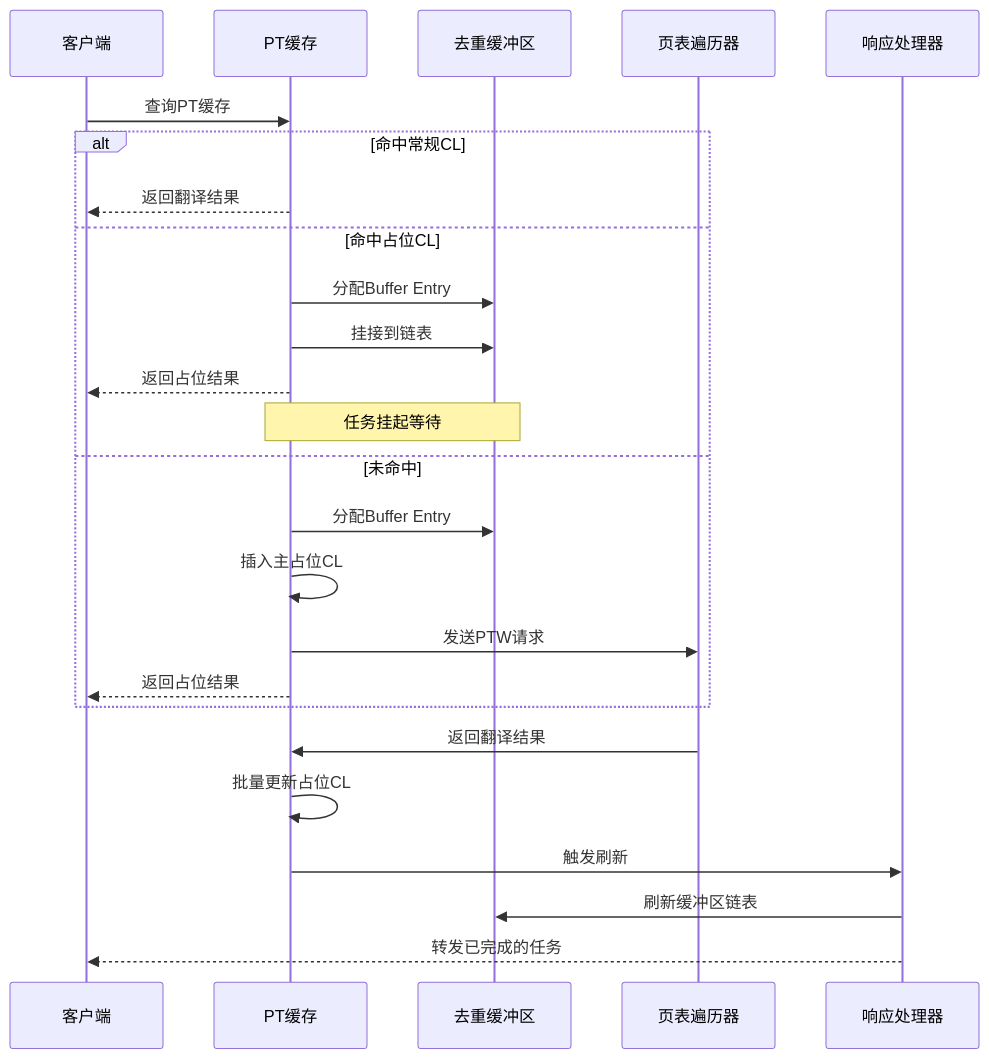
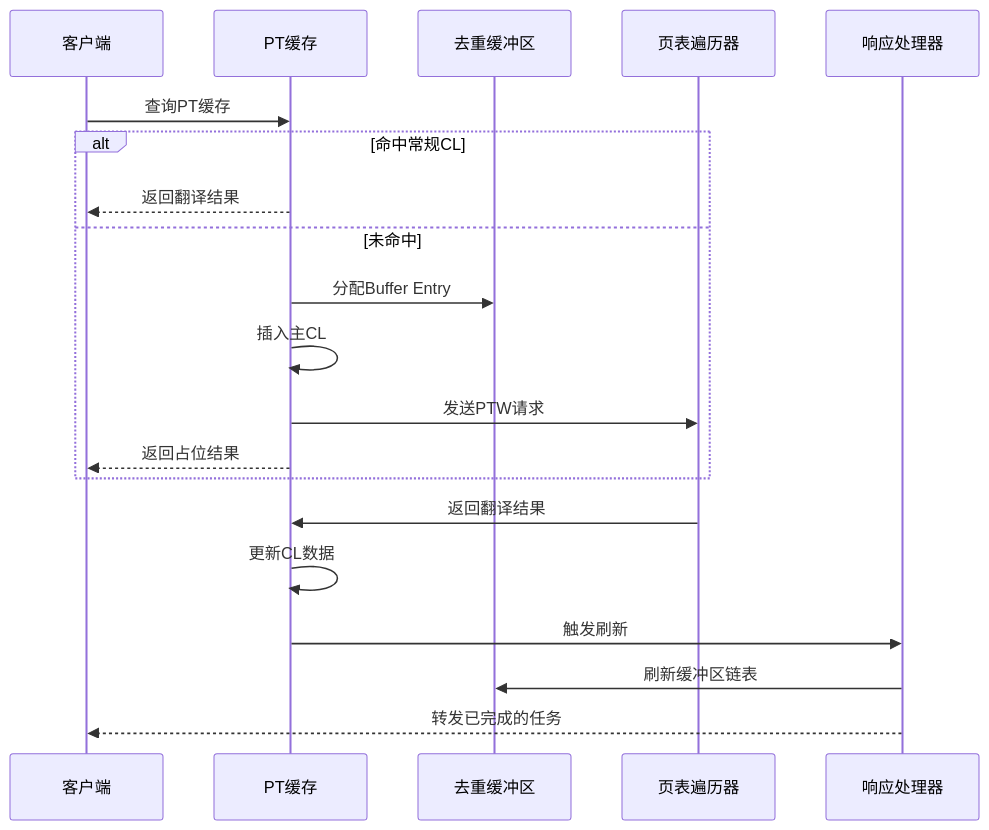
The seventh of 12 diagrams in .qoder/repowiki/zh/content/缓存系统/PT缓存（页表缓存）.md (jiangjiang1122/iommu_model_20260401_v1), drawn with Mermaid before and after one commit. The commit also changed other lines of this file and 186 other files, not shown here.

````diff
--- a/.qoder/repowiki/zh/content/缓存系统/PT缓存（页表缓存）.md
+++ b/.qoder/repowiki/zh/content/缓存系统/PT缓存（页表缓存）.md
@@ -189,27 +340,22 @@
 ```mermaid
 sequenceDiagram
 participant Client as 客户端
 participant PTCache as PT缓存
 participant DedupBuffer as 去重缓冲区
 participant PTW as 页表遍历器
 participant ResponseHandler as 响应处理器
 Client->>PTCache : 查询PT缓存
 alt 命中常规CL
 PTCache-->>Client : 返回翻译结果
-else 命中占位CL
-PTCache->>DedupBuffer : 分配Buffer Entry
-PTCache->>DedupBuffer : 挂接到链表
-PTCache-->>Client : 返回占位结果
-Note over PTCache,DedupBuffer : 任务挂起等待
 else 未命中
 PTCache->>DedupBuffer : 分配Buffer Entry
-PTCache->>PTCache : 插入主占位CL
+PTCache->>PTCache : 插入主CL
 PTCache->>PTW : 发送PTW请求
 PTCache-->>Client : 返回占位结果
 end
 PTW->>PTCache : 返回翻译结果
-PTCache->>PTCache : 批量更新占位CL
+PTCache->>PTCache : 更新CL数据
 PTCache->>ResponseHandler : 触发刷新
 ResponseHandler->>DedupBuffer : 刷新缓冲区链表
 ResponseHandler-->>Client : 转发已完成的任务
 ```
````
